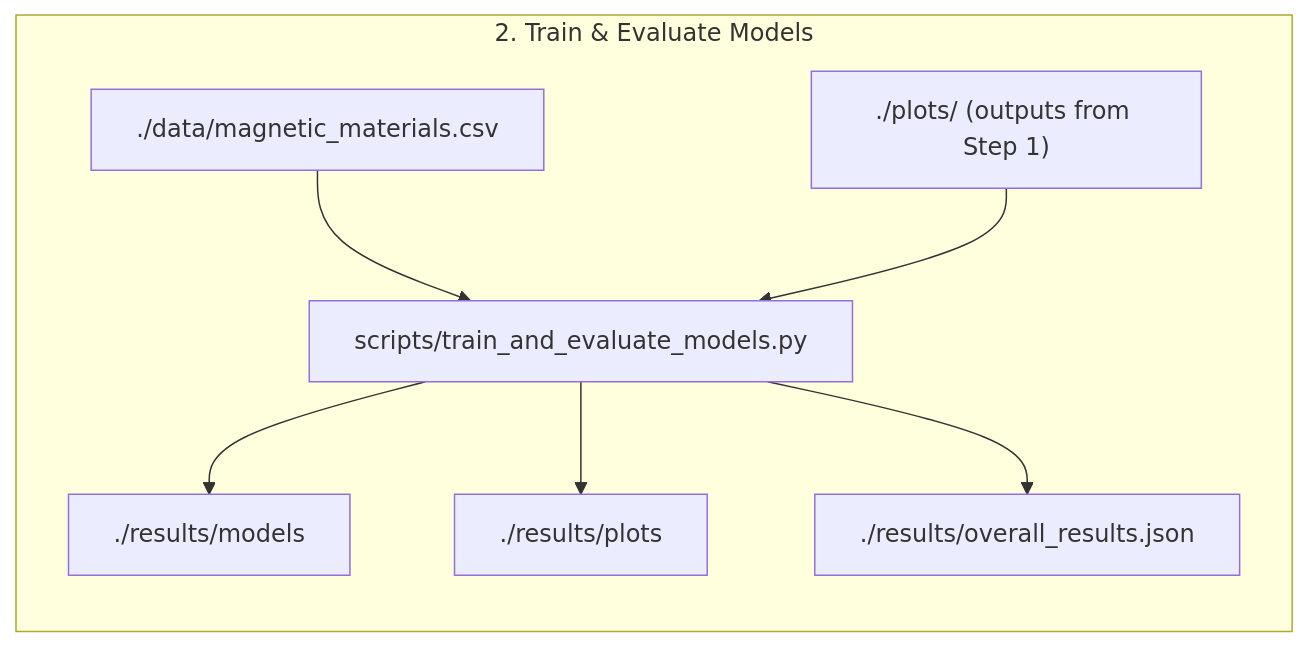
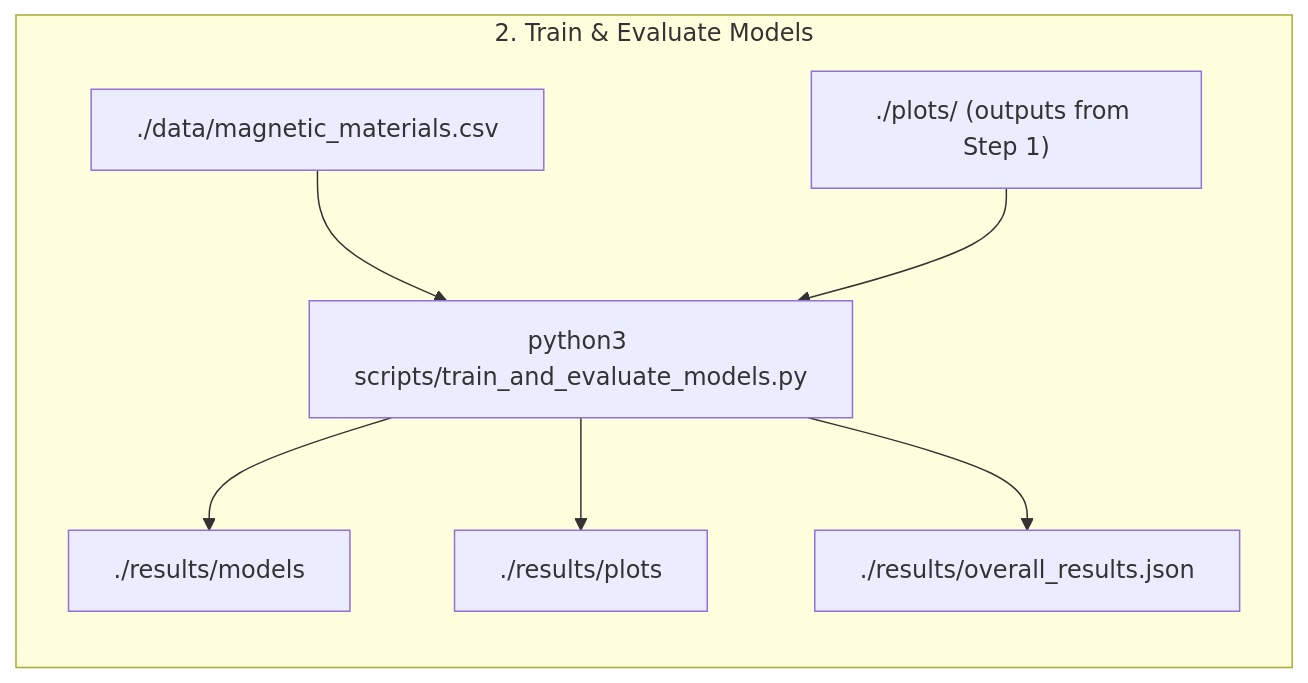
One commit to MaMMoS-project/ML-models changed the second of 2 diagrams in beyond-stoner-wohlfarth/inverse-single-grain-easy-axis-model/README.md. Above: the diagram before and after it, drawn with Mermaid.

Commit message:
test chart

````diff
--- a/beyond-stoner-wohlfarth/inverse-single-grain-easy-axis-model/README.md
+++ b/beyond-stoner-wohlfarth/inverse-single-grain-easy-axis-model/README.md
@@ -67,14 +67,14 @@
 ```mermaid
 flowchart LR
 
     subgraph cluster_1["2. Train & Evaluate Models"]
         direction TB
 
-        A1["./data/magnetic_materials.csv"] --> B1["scripts/train_and_evaluate_models.py"]
+        A1["./data/magnetic_materials.csv"] --> B1["python3 scripts/train_and_evaluate_models.py"]
         A2["./plots/ (outputs from Step 1)"] --> B1
-        
+
         B1 --> O1["./results/models"]
         B1 --> O2["./results/plots"]
         B1 --> O3["./results/overall_results.json"]
     end
 ```
````
